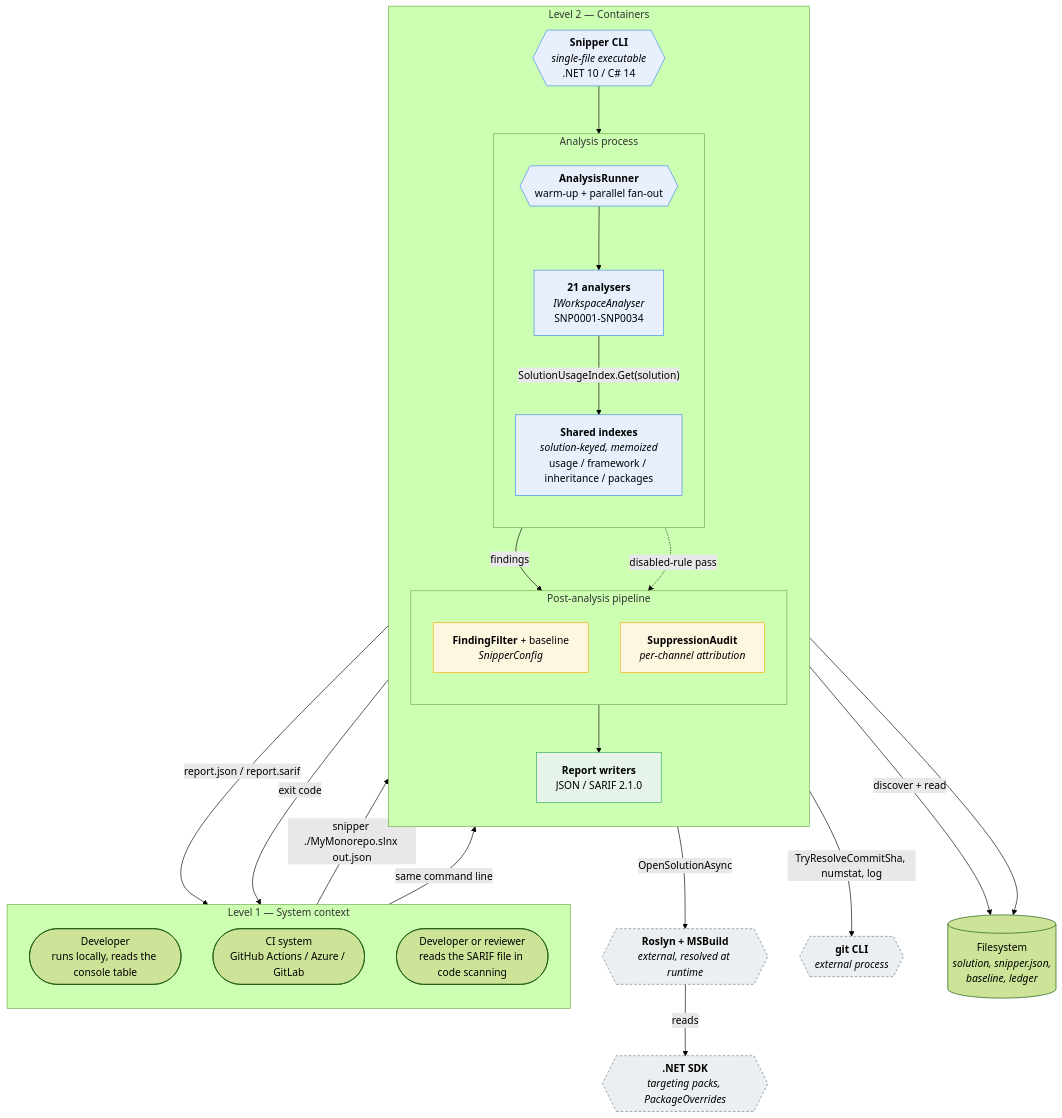
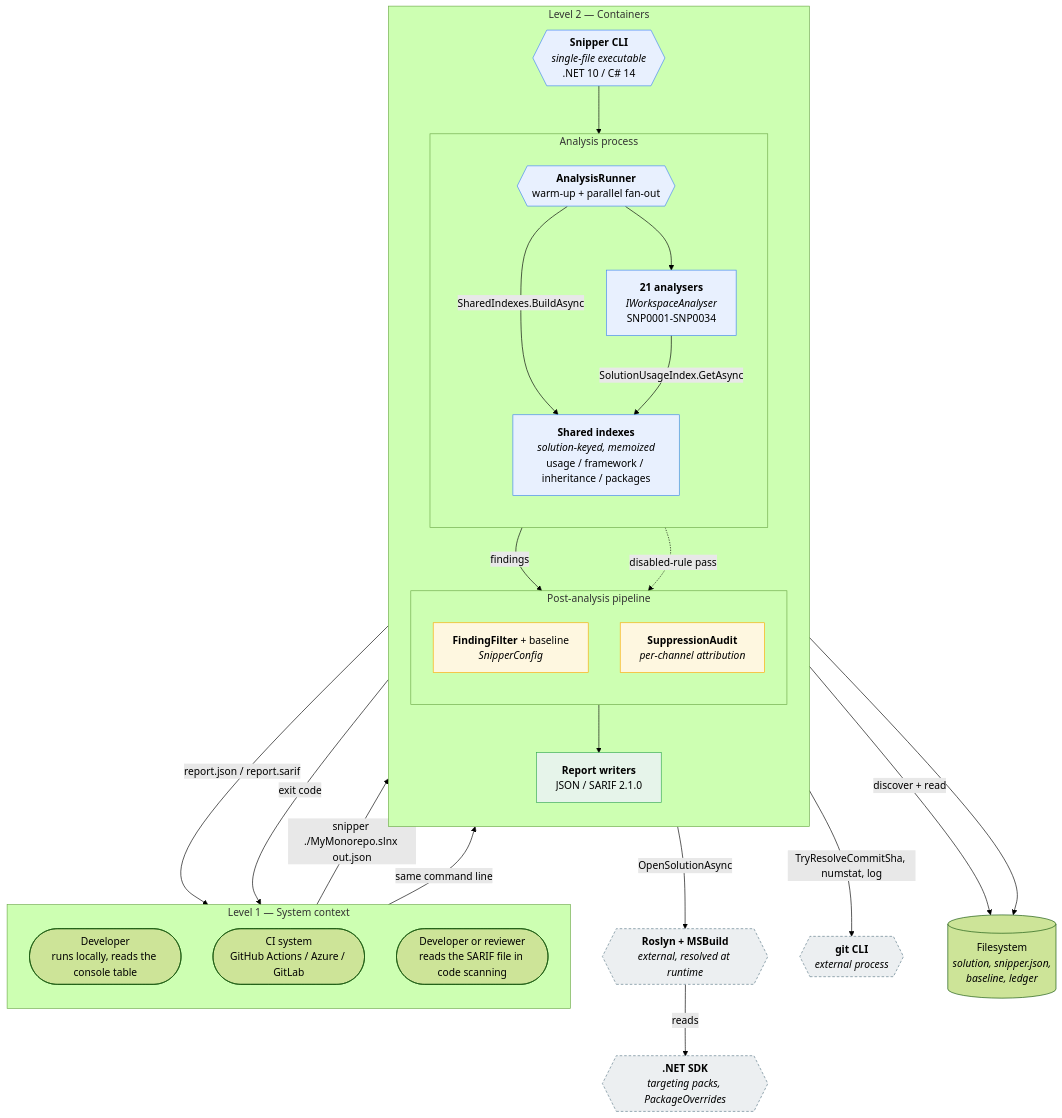
The first of 2 diagrams in docs/code_architecture.md (ptolem/snipper), drawn with Mermaid (forest theme) before and after one commit. The commit also changed other lines of this file and 33 other files, not shown here.

````diff
--- a/docs/code_architecture.md
+++ b/docs/code_architecture.md
@@ -86,61 +86,62 @@
 ```mermaid
 flowchart TB
     subgraph L1["Level 1 — System context"]
         direction TB
         DEV(["Developer<br/>runs locally, reads the console table"])
         CI(["CI system<br/>GitHub Actions / Azure / GitLab"])
         USER(["Developer or reviewer<br/>reads the SARIF file in code scanning"])
     end
 
     subgraph L2["Level 2 — Containers"]
         direction TB
 
         CLI{{"<b>Snipper CLI</b><br/><i>single-file executable</i><br/>.NET 10 / C# 14"}}
 
         subgraph PROC["Analysis process"]
             direction TB
             AR{{"<b>AnalysisRunner</b><br/>warm-up + parallel fan-out"}}
             AN["<b>21 analysers</b><br/><i>IWorkspaceAnalyser</i><br/>SNP0001-SNP0034"]
             IDX["<b>Shared indexes</b><br/><i>solution-keyed, memoized</i><br/>usage / framework / inheritance / packages"]
         end
 
         subgraph PIPE["Post-analysis pipeline"]
             direction TB
             FLT["<b>FindingFilter</b> + baseline<br/><i>SnipperConfig</i>"]
             AUD["<b>SuppressionAudit</b><br/><i>per-channel attribution</i>"]
         end
 
         OUT["<b>Report writers</b><br/>JSON / SARIF 2.1.0"]
     end
 
     EXT_ROSLYN{{"<b>Roslyn + MSBuild</b><br/><i>external, resolved at runtime</i>"}}
     EXT_GIT{{"<b>git CLI</b><br/><i>external process</i>"}}
     EXT_SDK{{"<b>.NET SDK</b><br/><i>targeting packs, PackageOverrides</i>"}}
     FS[("Filesystem<br/><i>solution, snipper.json,<br/>baseline, ledger</i>")]
 
     DEV -->|"snipper ./MyMonorepo.slnx out.json"| CLI
     CI -->|"same command line"| CLI
 
     CLI -->|"OpenSolutionAsync"| EXT_ROSLYN
     EXT_ROSLYN -->|"reads"| EXT_SDK
     CLI --> AR
     AR --> AN
-    AN -->|"SolutionUsageIndex.Get(solution)"| IDX
+    AR -->|"SharedIndexes.BuildAsync"| IDX
+    AN -->|"SolutionUsageIndex.GetAsync"| IDX
     AN -->|"findings"| FLT
     FLT --> OUT
     AR -.->|"disabled-rule pass"| AUD
     CLI -->|"TryResolveCommitSha, numstat, log"| EXT_GIT
     CLI -->|"discover + read"| FS
     OUT -->|"report.json / report.sarif"| USER
     OUT --> FS
     CLI -->|"exit code"| CI
 
     classDef ext fill:#eceff1,stroke:#607d8b,stroke-dasharray:4 3
     classDef proc fill:#e8f0fe,stroke:#4285f4
     classDef pipe fill:#fef7e0,stroke:#f9ab00
     classDef out fill:#e6f4ea,stroke:#34a853
     class EXT_ROSLYN,EXT_GIT,EXT_SDK ext
     class AR,AN,IDX,CLI proc
     class FLT,AUD pipe
     class OUT out
 ```
````
